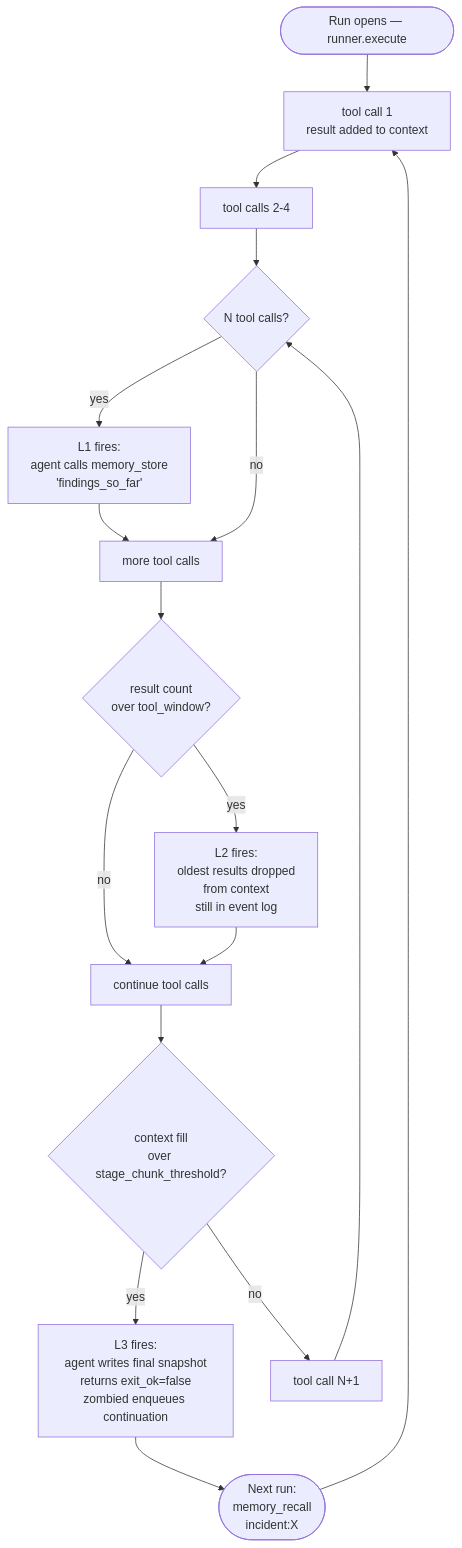
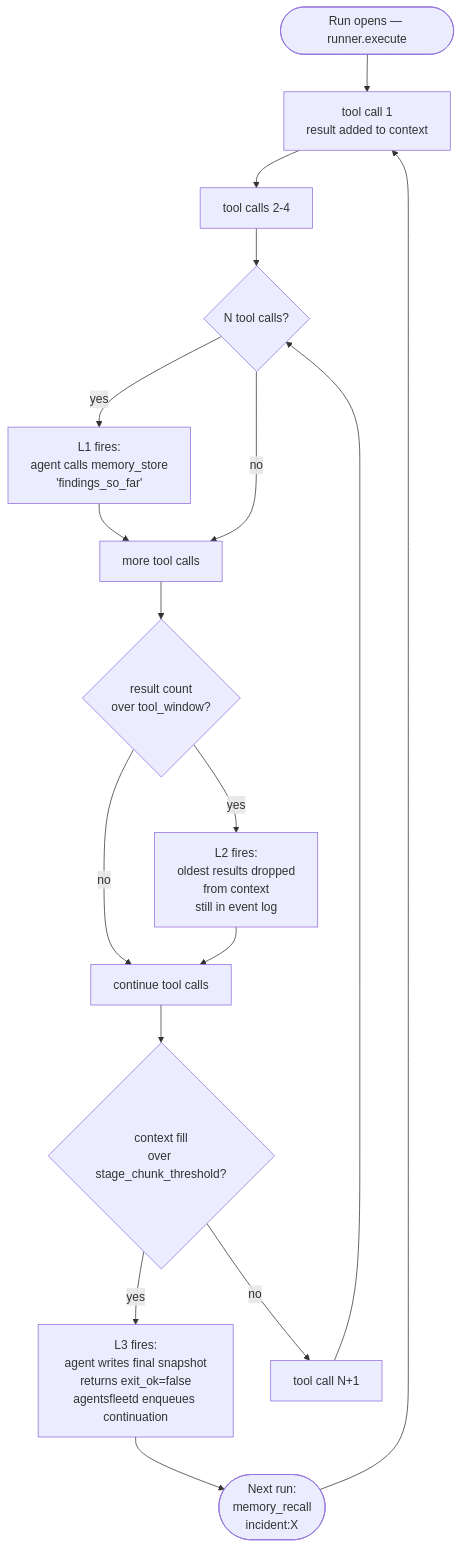
The diagram in docs/architecture/capabilities.md (usezombie/usezombie), drawn with Mermaid before and after one commit. The commit also changed other lines of this file and 1026 other files, not shown here.

````diff
--- a/docs/architecture/capabilities.md
+++ b/docs/architecture/capabilities.md
@@ -104,19 +104,19 @@
 ```mermaid
 flowchart TD
     Start([Run opens — runner.execute]) --> Tool1[tool call 1<br/>result added to context]
     Tool1 --> Tool2[tool calls 2-4]
     Tool2 --> L1{N tool calls?}
     L1 -->|yes| Checkpoint[L1 fires:<br/>agent calls memory_store<br/>'findings_so_far']
     Checkpoint --> Tool3[more tool calls]
     L1 -->|no| Tool3
     Tool3 --> L2{result count<br/>over tool_window?}
     L2 -->|yes| Drop[L2 fires:<br/>oldest results dropped<br/>from context<br/>still in event log]
     L2 -->|no| Fill
     Drop --> Fill[continue tool calls]
     Fill --> L3{context fill<br/>over stage_chunk_threshold?}
-    L3 -->|yes| Chunk[L3 fires:<br/>agent writes final snapshot<br/>returns exit_ok=false<br/>zombied enqueues continuation]
+    L3 -->|yes| Chunk[L3 fires:<br/>agent writes final snapshot<br/>returns exit_ok=false<br/>agentsfleetd enqueues continuation]
     L3 -->|no| Tool4[tool call N+1]
     Tool4 --> L1
     Chunk --> NextStage([Next run:<br/>memory_recall<br/>incident:X])
     NextStage --> Tool1
 ```
````
